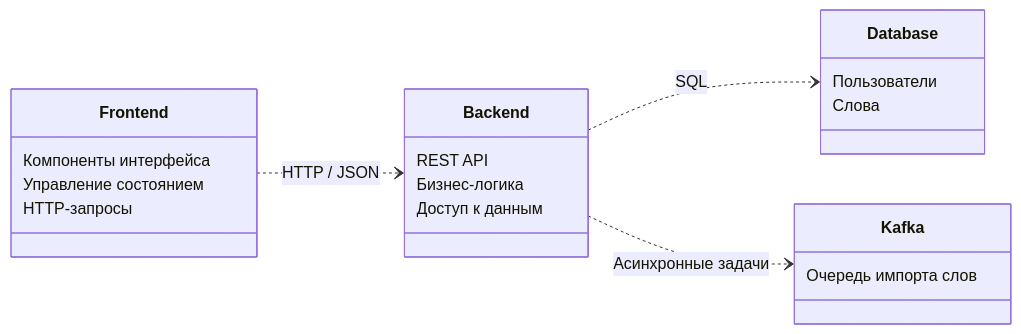
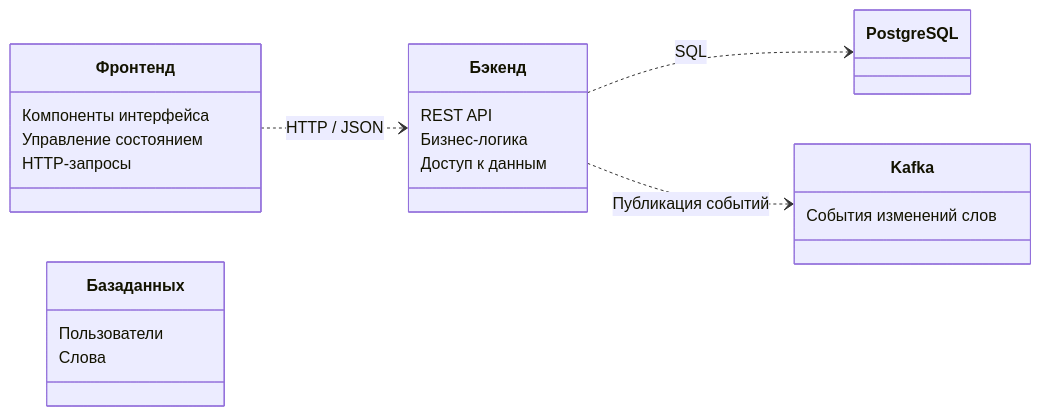
The second of 2 diagrams in README.md (MindlessMuse666/j-dict), drawn with Mermaid before and after one commit. The commit also changed other lines of this file and 1 other file, not shown here.

````diff
--- a/README.md
+++ b/README.md
@@ -85,33 +86,33 @@
 ```mermaid
 classDiagram
     direction LR
 
-    class Frontend {
+    class Фронтенд {
         Компоненты интерфейса
         Управление состоянием
         HTTP-запросы
     }
 
-    class Backend {
+    class Бэкенд {
         REST API
         Бизнес-логика
         Доступ к данным
     }
 
-    class Database {
+    class База данных {
         Пользователи
         Слова
     }
 
     class Kafka {
-        Очередь импорта слов
+        События изменений слов
     }
 
-    Frontend ..> Backend : HTTP / JSON
-    Backend ..> Database : SQL
-    Backend ..> Kafka : Асинхронные задачи
+    Фронтенд ..> Бэкенд : HTTP / JSON
+    Бэкенд ..> PostgreSQL : SQL
+    Бэкенд ..> Kafka : Публикация событий
 
     classDef frontend fill:#E3F2FD,stroke:#1E88E5,stroke-width:2px
     classDef backend fill:#E8F5E9,stroke:#43A047,stroke-width:2px
     classDef infra fill:#FFFDE7,stroke:#F9A825,stroke-width:2px
 ```
````
